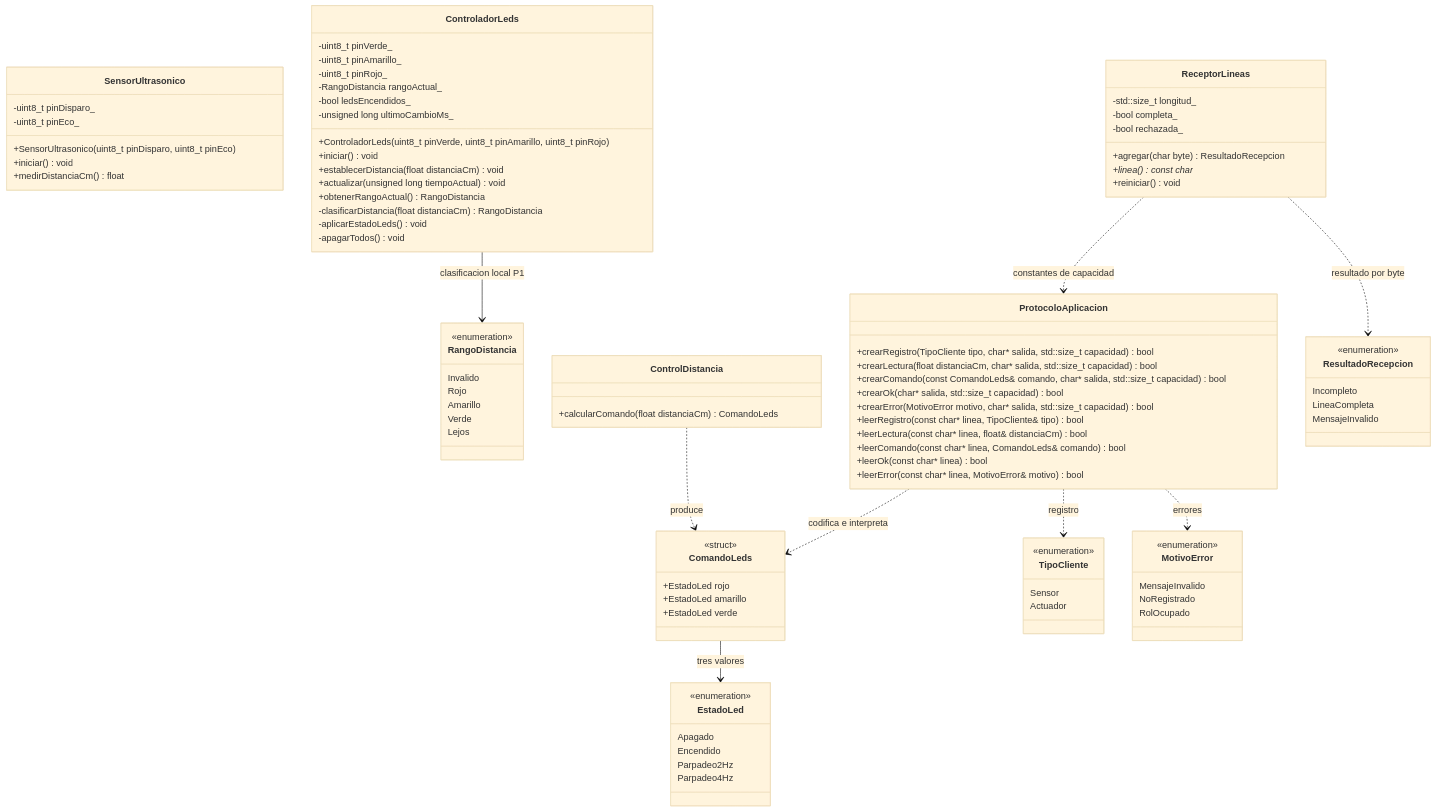
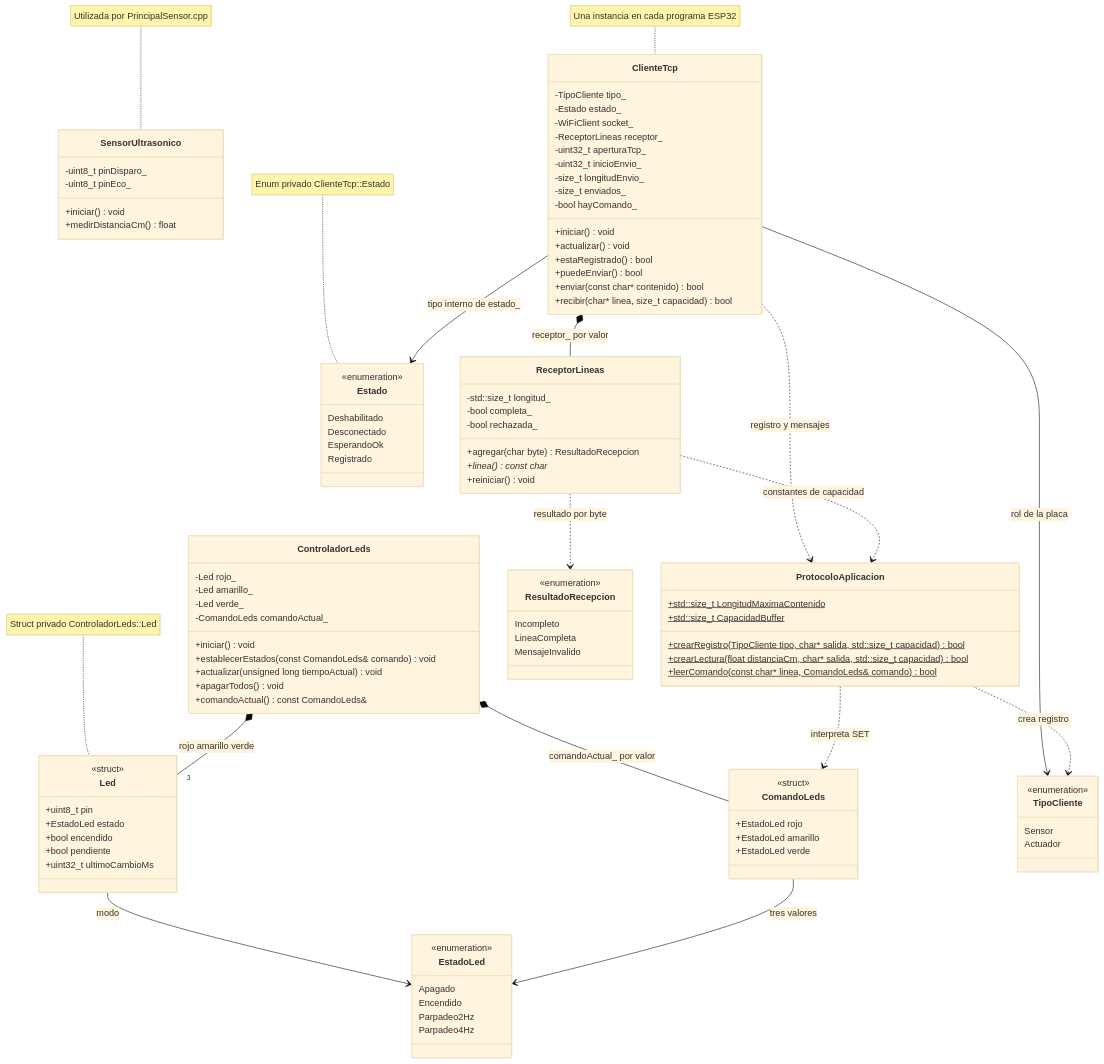
The third of 5 diagrams in INFORME.md (JustAdrianMercado/Integracion-de-Objetos-Inteligentes-con-TCP-IP), drawn with Mermaid (base theme) before and after one commit. The commit also changed other lines of this file, not shown here.

Commit message:
docs: actualizar diagramas de clases conforme a la implementación de P2

````diff
--- a/INFORME.md
+++ b/INFORME.md
@@ -368,48 +366,58 @@
     class SensorUltrasonico {
         -uint8_t pinDisparo_
         -uint8_t pinEco_
-        +SensorUltrasonico(uint8_t pinDisparo, uint8_t pinEco)
         +iniciar() void
         +medirDistanciaCm() float
     }
+    class ClienteTcp {
+        -TipoCliente tipo_
+        -Estado estado_
+        -WiFiClient socket_
+        -ReceptorLineas receptor_
+        -uint32_t aperturaTcp_
+        -uint32_t inicioEnvio_
+        -size_t longitudEnvio_
+        -size_t enviados_
+        -bool hayComando_
+        +iniciar() void
+        +actualizar() void
+        +estaRegistrado() bool
+        +puedeEnviar() bool
+        +enviar(const char* contenido) bool
+        +recibir(char* linea, size_t capacidad) bool
+    }
+    class Estado {
+        <<enumeration>>
+        Deshabilitado
+        Desconectado
+        EsperandoOk
+        Registrado
+    }
     class ControladorLeds {
-        -uint8_t pinVerde_
-        -uint8_t pinAmarillo_
-        -uint8_t pinRojo_
-        -RangoDistancia rangoActual_
-        -bool ledsEncendidos_
-        -unsigned long ultimoCambioMs_
-        +ControladorLeds(uint8_t pinVerde, uint8_t pinAmarillo, uint8_t pinRojo)
+        -Led rojo_
+        -Led amarillo_
+        -Led verde_
+        -ComandoLeds comandoActual_
         +iniciar() void
-        +establecerDistancia(float distanciaCm) void
+        +establecerEstados(const ComandoLeds& comando) void
         +actualizar(unsigned long tiempoActual) void
-        +obtenerRangoActual() RangoDistancia
-        -clasificarDistancia(float distanciaCm) RangoDistancia
-        -aplicarEstadoLeds() void
-        -apagarTodos() void
+        +apagarTodos() void
+        +comandoActual() const ComandoLeds&
     }
-    class RangoDistancia {
-        <<enumeration>>
-        Invalido
-        Rojo
-        Amarillo
-        Verde
-        Lejos
-    }
-    class ControlDistancia {
-        +calcularComando(float distanciaCm) ComandoLeds
+    class Led {
+        <<struct>>
+        +uint8_t pin
+        +EstadoLed estado
+        +bool encendido
+        +bool pendiente
+        +uint32_t ultimoCambioMs
     }
     class ProtocoloAplicacion {
-        +crearRegistro(TipoCliente tipo, char* salida, std::size_t capacidad) bool
-        +crearLectura(float distanciaCm, char* salida, std::size_t capacidad) bool
-        +crearComando(const ComandoLeds& comando, char* salida, std::size_t capacidad) bool
-        +crearOk(char* salida, std::size_t capacidad) bool
-        +crearError(MotivoError motivo, char* salida, std::size_t capacidad) bool
-        +leerRegistro(const char* linea, TipoCliente& tipo) bool
-        +leerLectura(const char* linea, float& distanciaCm) bool
-        +leerComando(const char* linea, ComandoLeds& comando) bool
-        +leerOk(const char* linea) bool
-        +leerError(const char* linea, MotivoError& motivo) bool
+        +std::size_t LongitudMaximaContenido$
+        +std::size_t CapacidadBuffer$
+        +crearRegistro(TipoCliente tipo, char* salida, std::size_t capacidad) bool$
+        +crearLectura(float distanciaCm, char* salida, std::size_t capacidad) bool$
+        +leerComando(const char* linea, ComandoLeds& comando) bool$
     }
     class ReceptorLineas {
         -std::size_t longitud_
@@ -443,18 +451,20 @@
         Sensor
         Actuador
     }
-    class MotivoError {
-        <<enumeration>>
-        MensajeInvalido
-        NoRegistrado
-        RolOcupado
-    }
-    ControladorLeds --> RangoDistancia : clasificacion local P1
-    ControlDistancia ..> ComandoLeds : produce
+    ClienteTcp --> Estado : tipo interno de estado_
+    ClienteTcp --> TipoCliente : rol de la placa
+    ClienteTcp *-- ReceptorLineas : receptor_ por valor
+    ClienteTcp ..> ProtocoloAplicacion : registro y mensajes
+    ControladorLeds *-- "3" Led : rojo amarillo verde
+    ControladorLeds *-- ComandoLeds : comandoActual_ por valor
+    Led --> EstadoLed : modo
     ComandoLeds --> EstadoLed : tres valores
-    ProtocoloAplicacion ..> ComandoLeds : codifica e interpreta
-    ProtocoloAplicacion ..> TipoCliente : registro
-    ProtocoloAplicacion ..> MotivoError : errores
+    ProtocoloAplicacion ..> TipoCliente : crea registro
+    ProtocoloAplicacion ..> ComandoLeds : interpreta SET
     ReceptorLineas ..> ProtocoloAplicacion : constantes de capacidad
     ReceptorLineas ..> ResultadoRecepcion : resultado por byte
+    note for Estado "Enum privado ClienteTcp::Estado"
+    note for Led "Struct privado ControladorLeds::Led"
+    note for SensorUltrasonico "Utilizada por PrincipalSensor.cpp"
+    note for ClienteTcp "Una instancia en cada programa ESP32"
 ```
````
